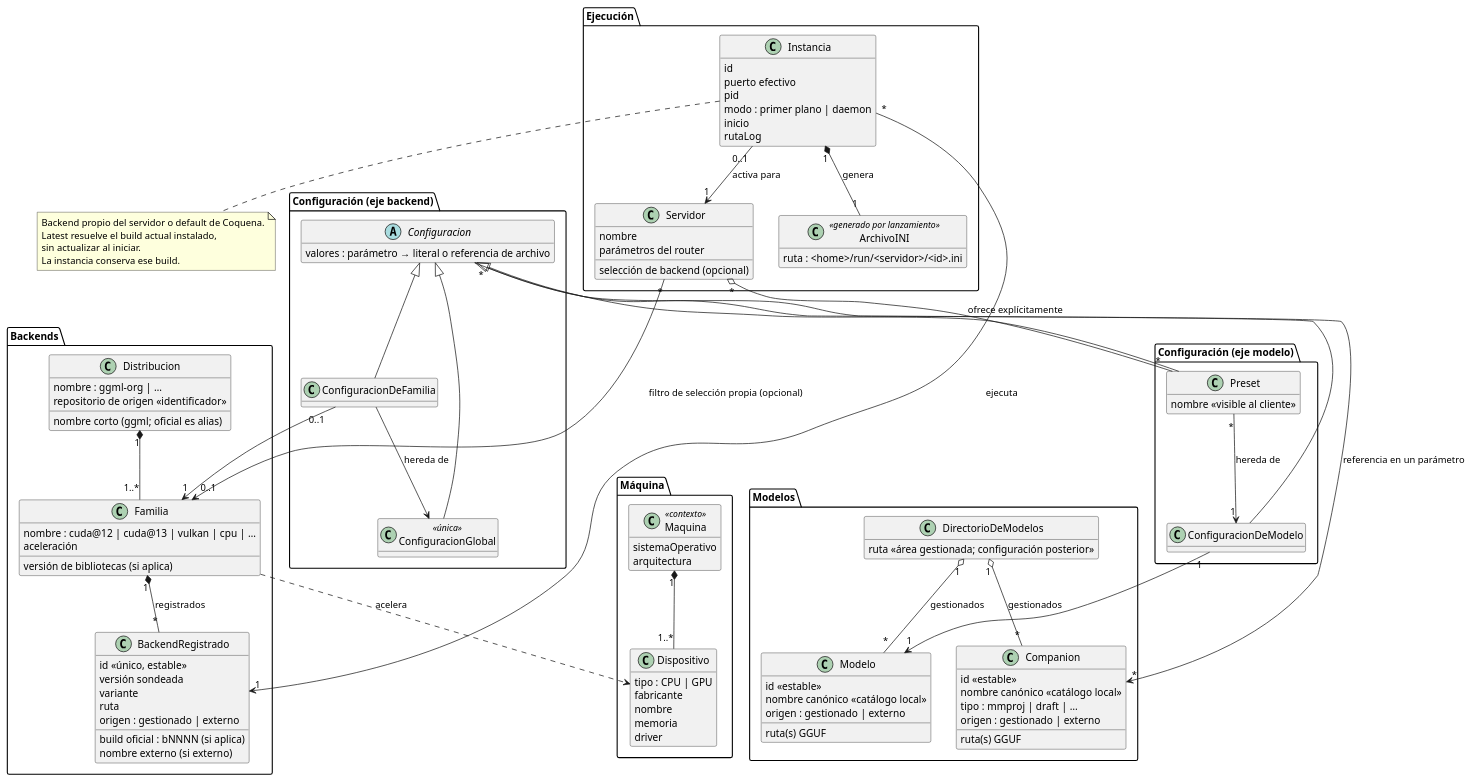
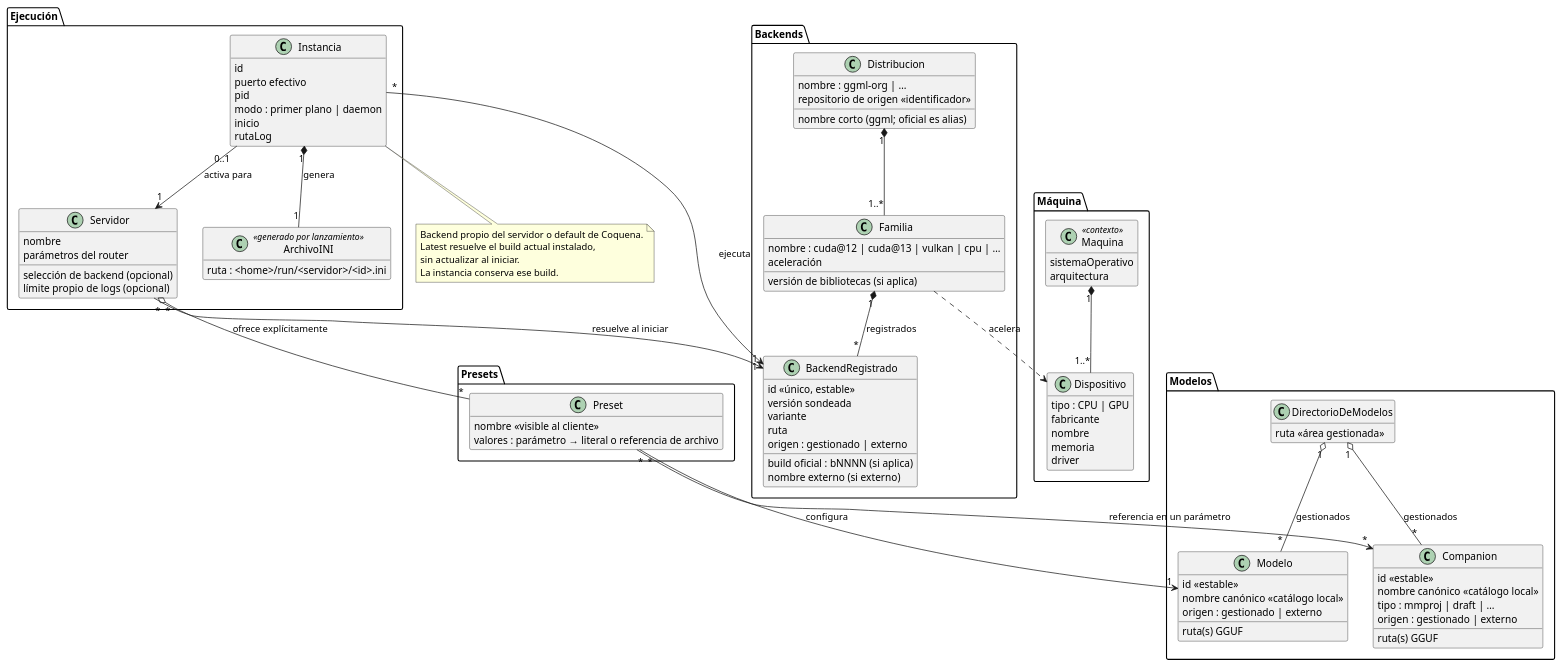
Before and after one commit to mstranich/coquena: the first of 3 diagrams in docs/modelo-de-datos.md, drawn with PlantUML. The commit also changed other lines of this file and 31 other files, not shown here.

```diff
--- a/docs/modelo-de-datos.md
+++ b/docs/modelo-de-datos.md
@@ -50,7 +50,7 @@
 
 package Modelos {
   class DirectorioDeModelos {
-    ruta <<área gestionada; configuración posterior>>
+    ruta <<área gestionada>>
   }
   class Modelo {
     id <<estable>>
@@ -67,18 +67,10 @@
   }
 }
 
-package "Configuración (eje backend)" {
-  abstract class Configuracion {
-    valores : parámetro → literal o referencia de archivo
-  }
-  class ConfiguracionGlobal <<única>>
-  class ConfiguracionDeFamilia
-}
-
-package "Configuración (eje modelo)" {
-  class ConfiguracionDeModelo
+package Presets {
   class Preset {
     nombre <<visible al cliente>>
+    valores : parámetro → literal o referencia de archivo
   }
 }
 
@@ -87,6 +79,7 @@
     nombre
     parámetros del router
     selección de backend (opcional)
+    límite propio de logs (opcional)
   }
   class Instancia {
     id
@@ -109,17 +102,10 @@
 DirectorioDeModelos "1" o-- "*" Modelo : gestionados
 DirectorioDeModelos "1" o-- "*" Companion : gestionados
 
-Configuracion <|-- ConfiguracionGlobal
-Configuracion <|-- ConfiguracionDeFamilia
-Configuracion <|-- ConfiguracionDeModelo
-Configuracion <|-- Preset
-ConfiguracionDeFamilia --> ConfiguracionGlobal : hereda de
-ConfiguracionDeFamilia "0..1" --> "1" Familia
-ConfiguracionDeModelo "1" --> "1" Modelo
-Preset "*" --> "1" ConfiguracionDeModelo : hereda de
-Configuracion "*" --> "*" Companion : referencia en un parámetro
+Preset "*" --> "1" Modelo : configura
+Preset "*" --> "*" Companion : referencia en un parámetro
 
-Servidor "*" --> "0..1" Familia : filtro de selección propia (opcional)
+Servidor "*" --> "1" BackendRegistrado : resuelve al iniciar
 Servidor "*" o-- "*" Preset : ofrece explícitamente
 Instancia "0..1" --> "1" Servidor : activa para
 Instancia "*" --> "1" BackendRegistrado : ejecuta
```
